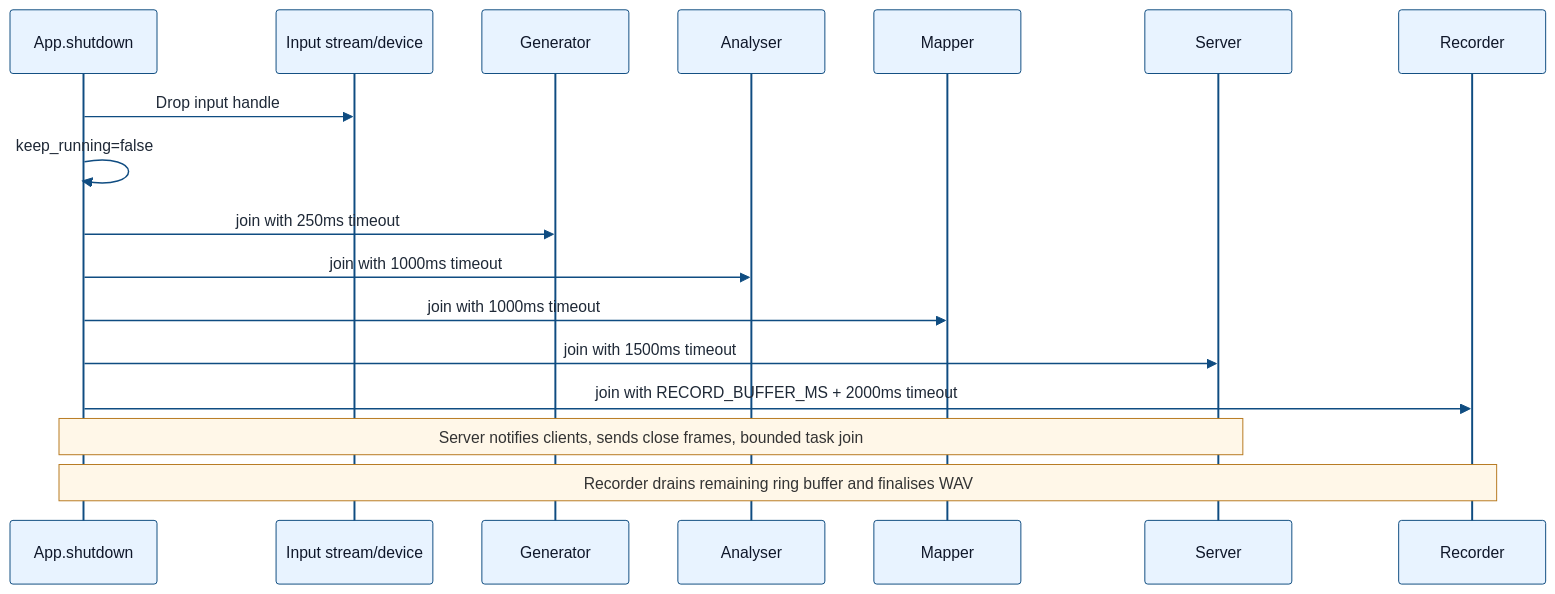
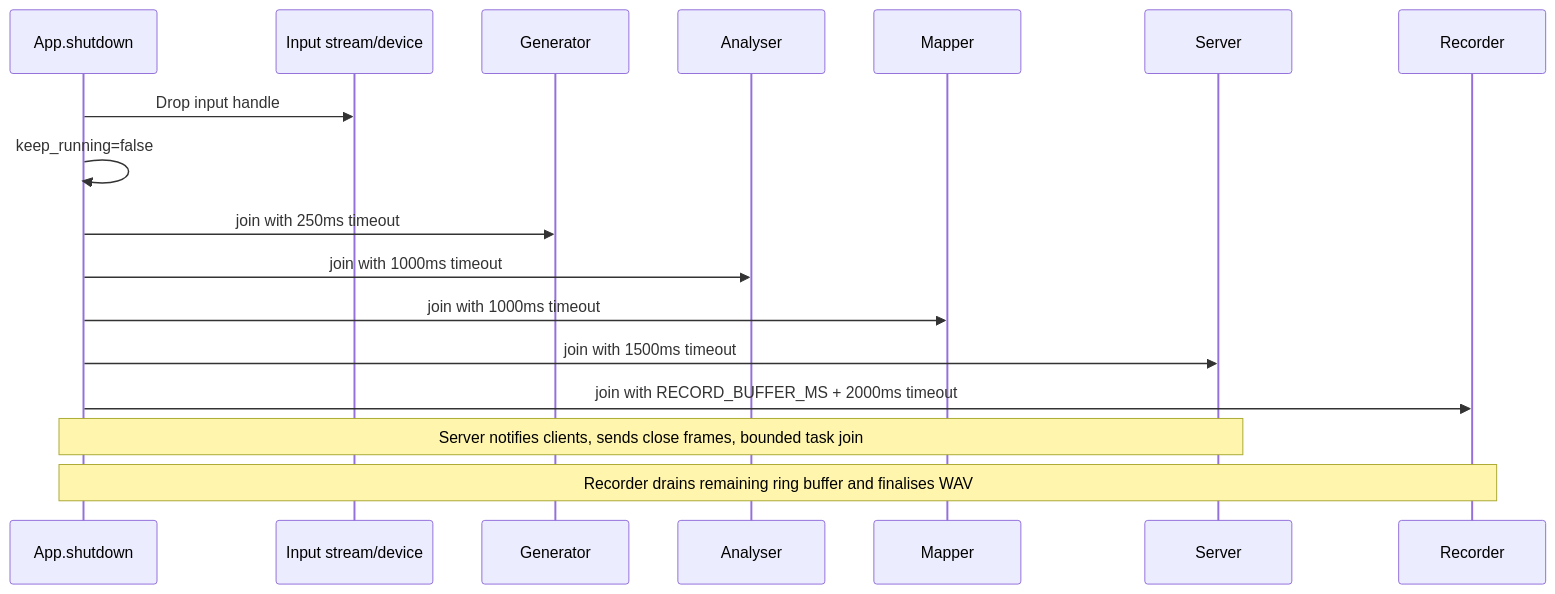
The fourth of 4 diagrams in docs/system/lifecycle.md (rayboyd/phase4), drawn with Mermaid before and after one commit. The commit also changed other lines of this file, not shown here.

Commit message:
docs(diagrams): cleanout editor default styling

````diff
--- a/docs/system/lifecycle.md
+++ b/docs/system/lifecycle.md
@@ -152,43 +130,22 @@
 ```mermaid
-%%{init: {
-	"theme": "base",
-	"themeVariables": {
-		"actorBkg": "#e8f3ff",
-		"actorBorder": "#0f4c81",
-		"actorTextColor": "#0f172a",
-		"background": "#ffffff",
-		"fontFamily": "IBM Plex Sans, Segoe UI, sans-serif",
-		"fontSize": "15px",
-		"lineColor": "#0f4c81",
-		"noteBkgColor": "#fff7e8",
-		"noteBorderColor": "#b7791f",
-		"primaryTextColor": "#1f2937",
-		"signalColor": "#0f4c81",
-		"signalTextColor": "#1f2937",
-		"tertiaryColor": "#f9fafb"
-	},
-	"sequence": {
-		"useMaxWidth": true
-	}
-}}%%
 sequenceDiagram
 		participant Main as App.shutdown
 		participant In as Input stream/device
 		participant Gen as Generator
 		participant An as Analyser
 		participant Map as Mapper
 		participant Srv as Server
 		participant Rec as Recorder
 
 		Main->>In: Drop input handle
 		Main->>Main: keep_running=false
 
 		Main->>Gen: join with 250ms timeout
 		Main->>An: join with 1000ms timeout
 		Main->>Map: join with 1000ms timeout
 		Main->>Srv: join with 1500ms timeout
 		Main->>Rec: join with RECORD_BUFFER_MS + 2000ms timeout
 
 		note over Main,Srv: Server notifies clients, sends close frames, bounded task join
 		note over Main,Rec: Recorder drains remaining ring buffer and finalises WAV
 ```
````
